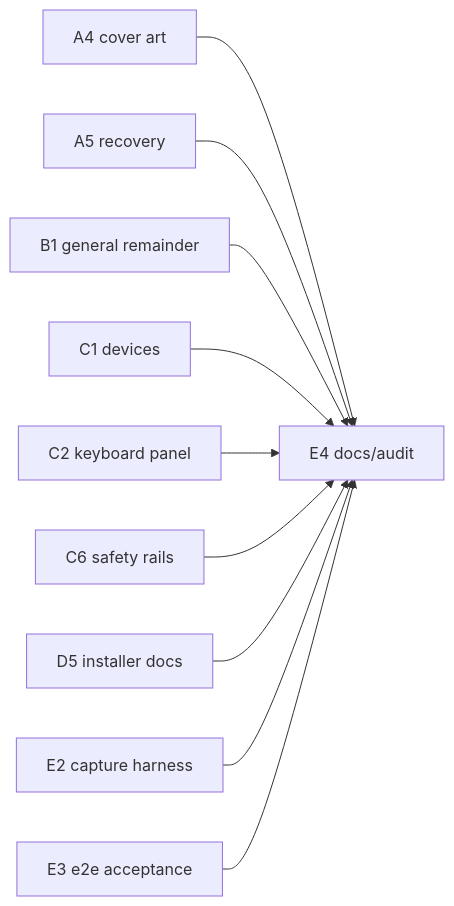
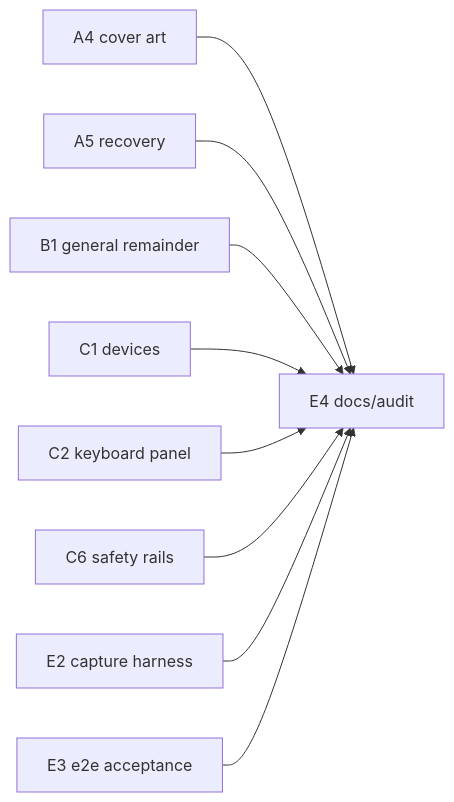
The diagram in docs/plans/launcher-plan.md (gabrielofavero/rb-blitz-xenon-recomp), drawn with Mermaid before and after one commit. The commit also changed other lines of this file and 2 other files, not shown here.

First line of the commit message:
Implement D5: pin the manifest fields and finish the installer's tables

````diff
--- a/docs/plans/launcher-plan.md
+++ b/docs/plans/launcher-plan.md
@@ -1082,19 +1071,17 @@
 ```mermaid
 graph LR
   A4[A4 cover art]
   A5[A5 recovery]
   B1[B1 general remainder]
   C1[C1 devices]
   C2[C2 keyboard panel]
   C6[C6 safety rails]
-  D5[D5 installer docs]
   A4 --> E4[E4 docs/audit]
   A5 --> E4
   B1 --> E4
   C1 --> E4
   C2 --> E4
   C6 --> E4
-  D5 --> E4
   E2[E2 capture harness] --> E4
   E3[E3 e2e acceptance] --> E4
 ```
````
